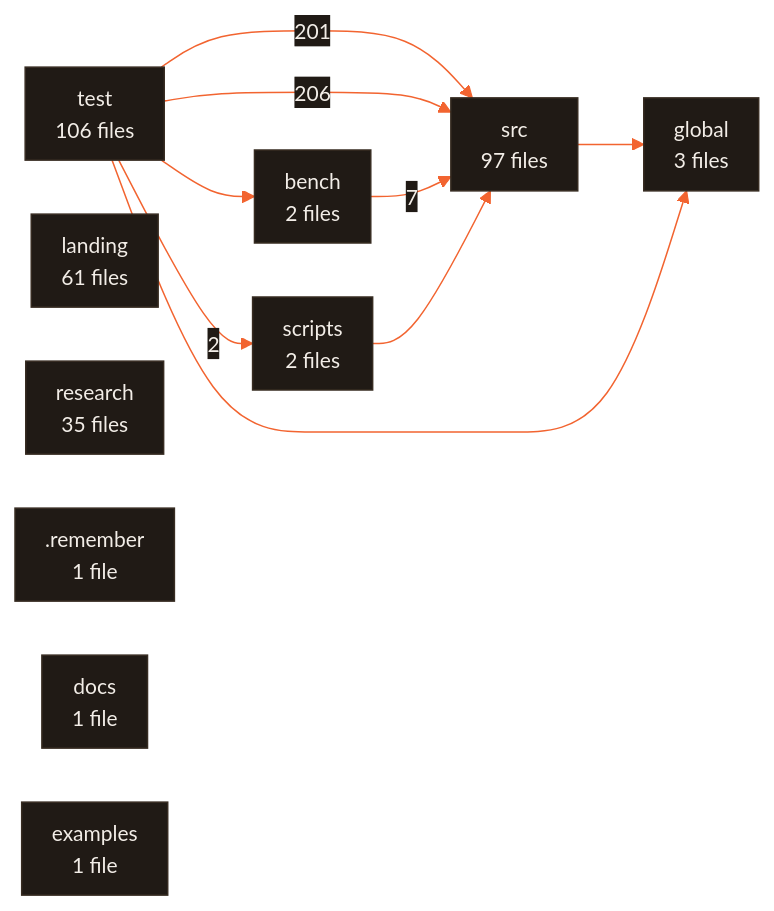
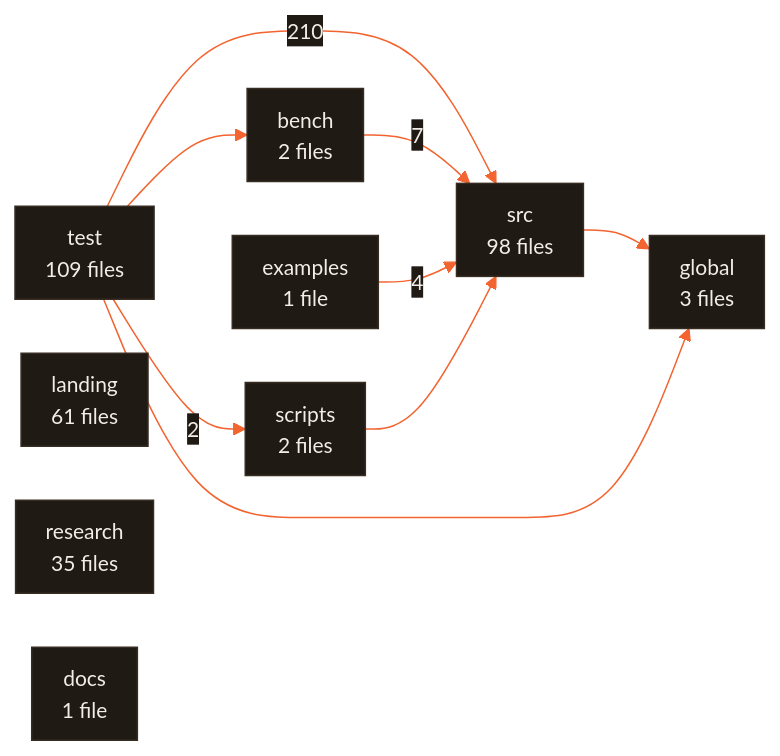
Before and after one commit to CodeWithJuber/forgekit: the fifth of 5 diagrams in ARCHITECTURE.md, drawn with Mermaid.

Commit message:
docs: re-render the ARCHITECTURE.md repo-map block
The committed block carried both sides of a merge (test at 105 and 106
files, two test->src edges) and a local-only .remember node. Regenerated
with `forge docs render` from a clean LF checkout.

````diff
--- a/ARCHITECTURE.md
+++ b/ARCHITECTURE.md
@@ -597,23 +597,21 @@
 ```mermaid
 %%{init: {'theme':'base','themeVariables':{'primaryColor':'#201a15','primaryTextColor':'#f2ede7','primaryBorderColor':'#372c22','lineColor':'#f26430','secondaryColor':'#272019','tertiaryColor':'#171310','edgeLabelBackground':'#201a15','clusterBkg':'#171310','clusterBorder':'#4a3b2e','fontFamily':'ui-sans-serif, system-ui, sans-serif','fontSize':'14px'},'flowchart':{'curve':'basis','padding':10,'nodeSpacing':36,'rankSpacing':44}}}%%
 flowchart LR
-  test["test<br/>105 files"]
-  test["test<br/>106 files"]
-  src["src<br/>97 files"]
+  test["test<br/>109 files"]
+  src["src<br/>98 files"]
   landing["landing<br/>61 files"]
   research["research<br/>35 files"]
   global["global<br/>3 files"]
   bench["bench<br/>2 files"]
   scripts["scripts<br/>2 files"]
-  _remember[".remember<br/>1 file"]
   docs["docs<br/>1 file"]
-  test -- 201 --> src
   examples["examples<br/>1 file"]
-  test -- 206 --> src
+  test -- 210 --> src
   bench -- 7 --> src
+  examples -- 4 --> src
   test -- 2 --> scripts
   scripts --> src
   src --> global
   test --> bench
   test --> global
 ```
````
